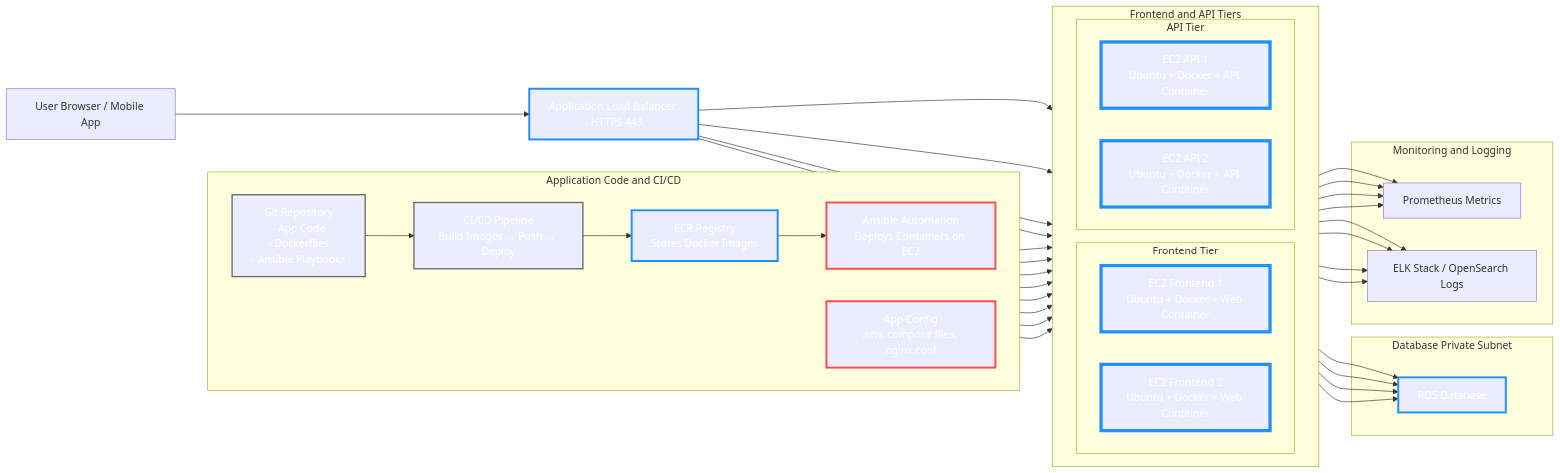
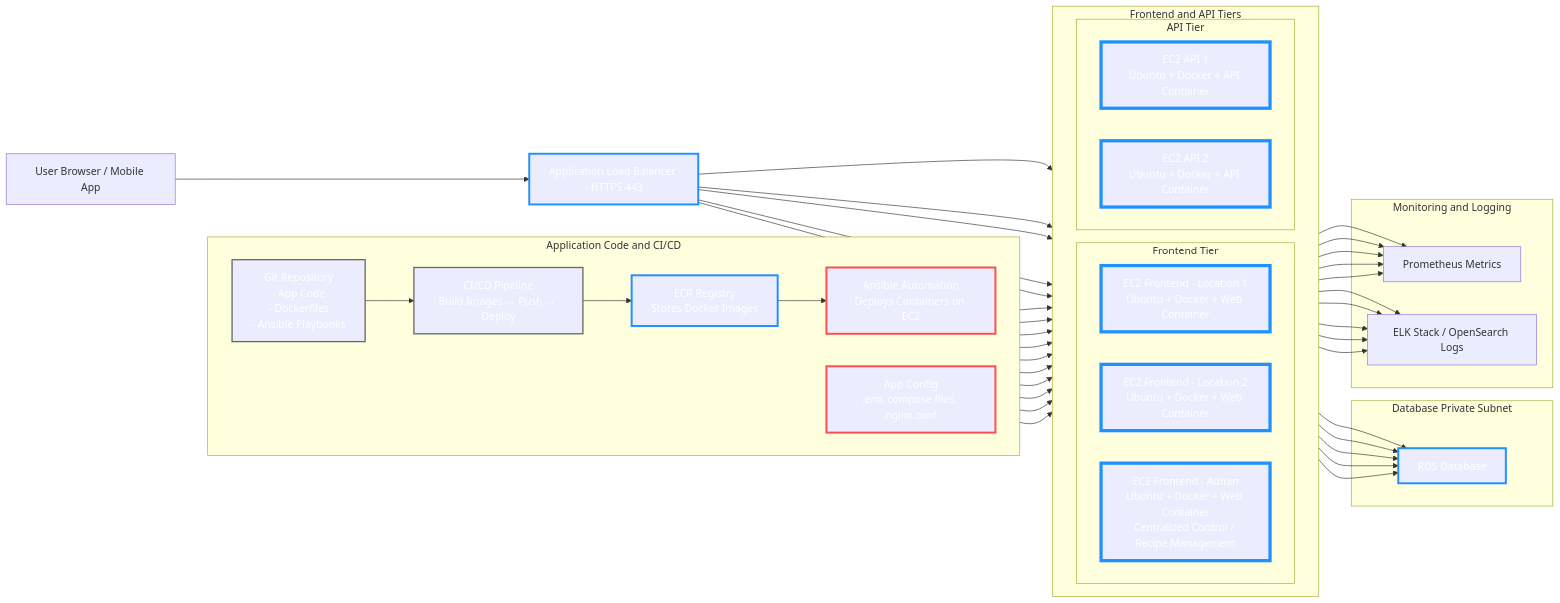
Before and after one commit to uploadtigris/project_CloudChef: the diagram in README.md, drawn with Mermaid.

```diff
--- a/README.md
+++ b/README.md
@@ -48,8 +48,9 @@
 
         %% Frontend Tier
         subgraph Frontend Tier
-            FTG1["EC2 Frontend 1<br>Ubuntu + Docker + Web Container"]
-            FTG2["EC2 Frontend 2<br>Ubuntu + Docker + Web Container"]
+            FT1["EC2 Frontend - Location 1<br>Ubuntu + Docker + Web Container"]
+            FT2["EC2 Frontend - Location 2<br>Ubuntu + Docker + Web Container"]
+            FTAdmin["EC2 Frontend - Admin<br>Ubuntu + Docker + Web Container<br>Centralized Control / Recipe Management"]
         end
 
         %% API Tier
@@ -60,8 +61,9 @@
     end
 
     %% Connections to ALB
-    ALB --> FTG1
-    ALB --> FTG2
+    ALB --> FT1
+    ALB --> FT2
+    ALB --> FTAdmin
     ALB --> APITG1
     ALB --> APITG2
 
@@ -72,8 +74,9 @@
         RDS["RDS Database"]
     end
 
-    FTG1 --> RDS
-    FTG2 --> RDS
+    FT1 --> RDS
+    FT2 --> RDS
+    FTAdmin --> RDS
     APITG1 --> RDS
     APITG2 --> RDS
 
@@ -85,13 +88,15 @@
         ELK["ELK Stack / OpenSearch Logs"]
     end
 
-    FTG1 --> Prometheus
-    FTG2 --> Prometheus
+    FT1 --> Prometheus
+    FT2 --> Prometheus
+    FTAdmin --> Prometheus
     APITG1 --> Prometheus
     APITG2 --> Prometheus
 
-    FTG1 --> ELK
-    FTG2 --> ELK
+    FT1 --> ELK
+    FT2 --> ELK
+    FTAdmin --> ELK
     APITG1 --> ELK
     APITG2 --> ELK
 
@@ -112,13 +117,15 @@
     Pipeline --> ECR
     ECR --> Ansible
 
-    Ansible --> FTG1
-    Ansible --> FTG2
+    Ansible --> FT1
+    Ansible --> FT2
+    Ansible --> FTAdmin
     Ansible --> APITG1
     Ansible --> APITG2
 
-    AppConfig --> FTG1
-    AppConfig --> FTG2
+    AppConfig --> FT1
+    AppConfig --> FT2
+    AppConfig --> FTAdmin
     AppConfig --> APITG1
     AppConfig --> APITG2
 
@@ -133,7 +140,7 @@
     class AppConfig,Ansible ansible;
 
     %% Dual-managed resources
-    class FTG1,FTG2,APITG1,APITG2 dual;
+    class FT1,FT2,FTAdmin,APITG1,APITG2 dual;
 
     %% Neutral
     class Git,Pipeline neutral;
```
